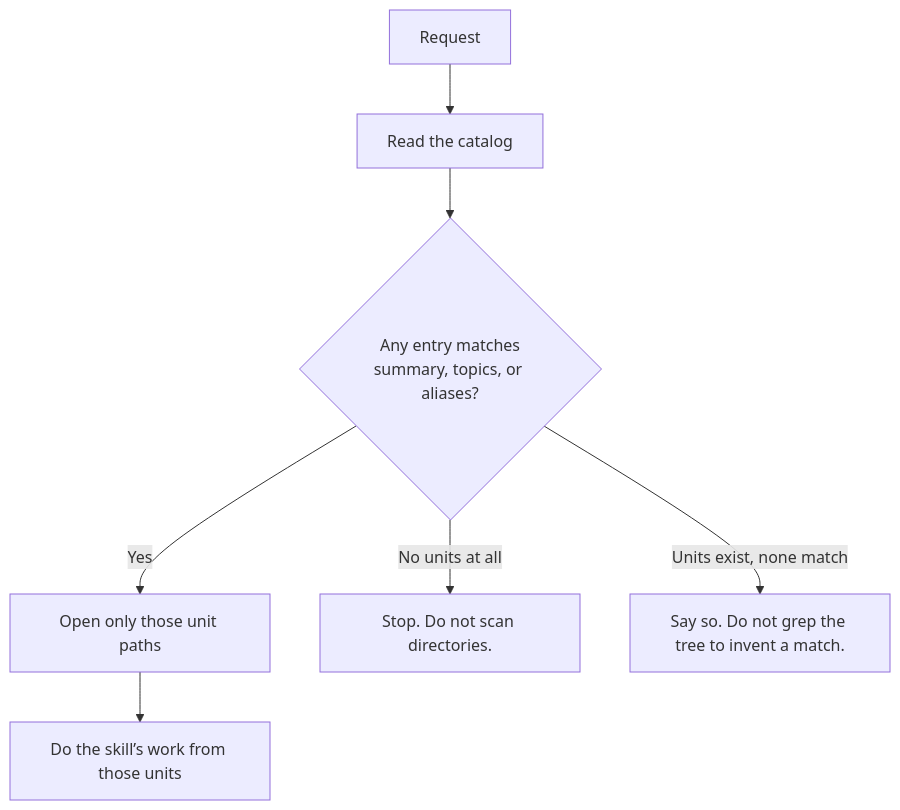
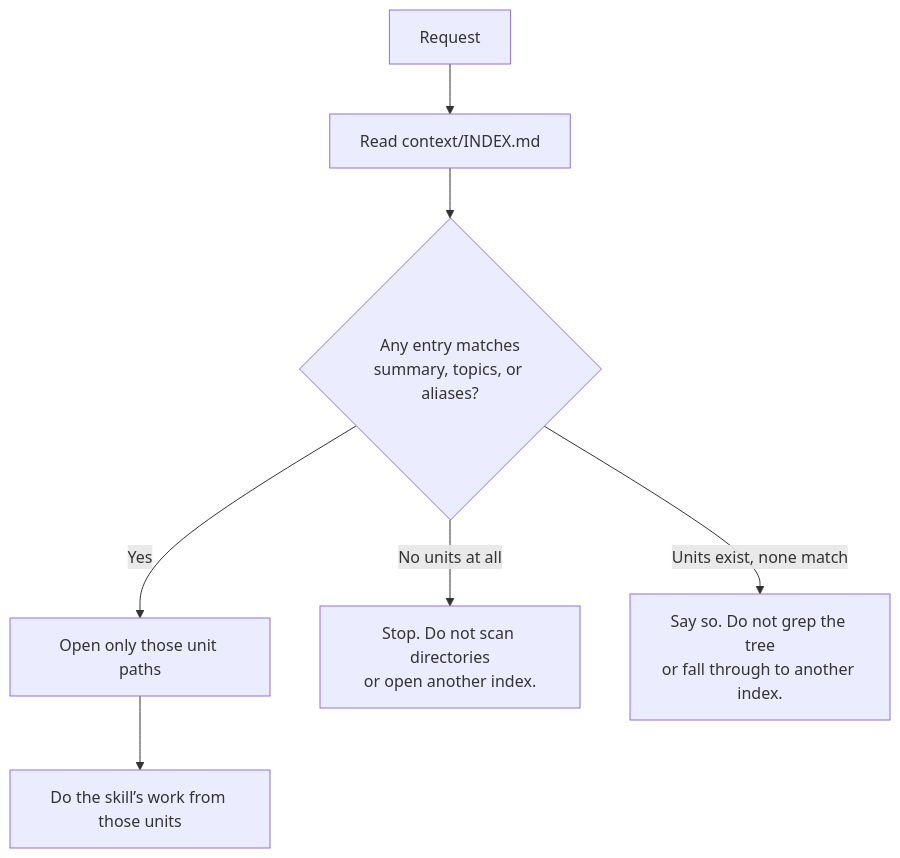
One commit to kaotypr/context-circuit-source changed the diagram in intent/i015-lean-workspace-context/detail/catalog.md. Above: the diagram before and after it, drawn with Mermaid. The commit also changed other lines of this file and 6 other files, not shown here.

````diff
--- a/intent/i015-lean-workspace-context/detail/catalog.md
+++ b/intent/i015-lean-workspace-context/detail/catalog.md
@@ -55,9 +63,9 @@
 ```mermaid
 flowchart TD
-  R["Request"] --> I["Read the catalog"]
+  R["Request"] --> I["Read context/INDEX.md"]
   I --> M{"Any entry matches<br/>summary, topics, or aliases?"}
   M -->|Yes| O["Open only those unit paths"]
-  M -->|No units at all| S["Stop. Do not scan directories."]
-  M -->|Units exist, none match| Q["Say so. Do not grep the tree to invent a match."]
+  M -->|No units at all| S["Stop. Do not scan directories<br/>or open another index."]
+  M -->|Units exist, none match| Q["Say so. Do not grep the tree<br/>or fall through to another index."]
   O --> A["Do the skill’s work from those units"]
 ```
````
